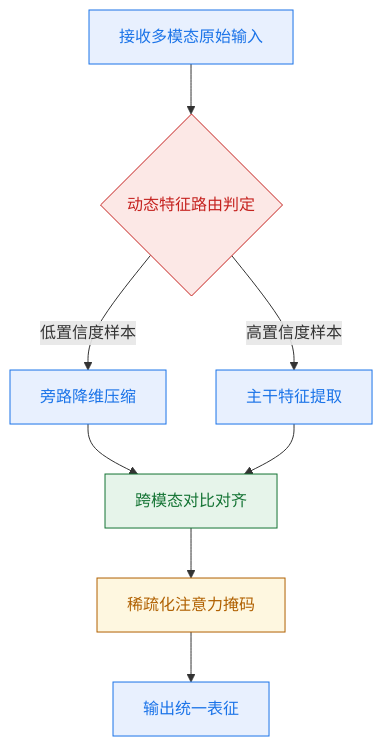
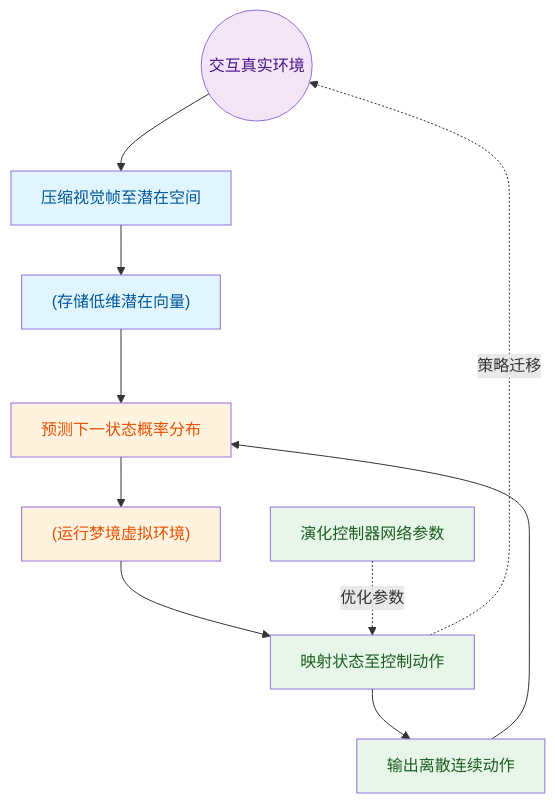
The second of 11 diagrams in person_vault/2026-06-08_WorldModels_1803.10122/report.md (ShinewineW/paper-rolling), drawn with Mermaid before and after one commit. The commit also changed other lines of this file and 51 other files, not shown here.

````diff
--- a/person_vault/2026-06-08_WorldModels_1803.10122/report.md
+++ b/person_vault/2026-06-08_WorldModels_1803.10122/report.md
@@ -75,15 +88,26 @@
 ```mermaid
-flowchart TD
-    classDef input fill:#e8f0fe,color:#1a73e8,stroke:#1a73e8
-    classDef gate fill:#fce8e6,color:#c5221f,stroke:#c5221f
-    classDef align fill:#e6f4ea,color:#137333,stroke:#137333
-    classDef sparse fill:#fef7e0,color:#b06000,stroke:#b06000
-    
-    raw_input["接收多模态原始输入"]:::input --> route_gate{动态特征路由判定}:::gate
-    route_gate -- 低置信度样本 --> bypass_path["旁路降维压缩"]:::input
-    route_gate -- 高置信度样本 --> main_path["主干特征提取"]:::input
-    bypass_path --> align_module["跨模态对比对齐"]:::align
-    main_path --> align_module
-    align_module --> sparse_mask["稀疏化注意力掩码"]:::sparse
-    sparse_mask --> final_output["输出统一表征"]:::input
+flowchart TB
+  classDef perception fill:#e1f5fe,color:#01579b
+  classDef memory fill:#fff3e0,color:#e65100
+  classDef control fill:#e8f5e9,color:#1b5e20
+  classDef env fill:#f3e5f5,color:#4a148c
+
+  real_env((交互真实环境)):::env
+  vae_compress["压缩视觉帧至潜在空间"]:::perception
+  latent_z["(存储低维潜在向量)"]:::perception
+  m_predict["预测下一状态概率分布"]:::memory
+  dream_env["(运行梦境虚拟环境)"]:::memory
+  c_linear["映射状态至控制动作"]:::control
+  action_out["输出离散连续动作"]:::control
+  cma_opt["演化控制器网络参数"]:::control
+
+  real_env --> vae_compress
+  vae_compress --> latent_z
+  latent_z --> m_predict
+  m_predict --> dream_env
+  dream_env --> c_linear
+  c_linear --> action_out
+  action_out --> m_predict
+  c_linear -. 策略迁移 .-> real_env
+  cma_opt -. 优化参数 .-> c_linear
 ```
````
